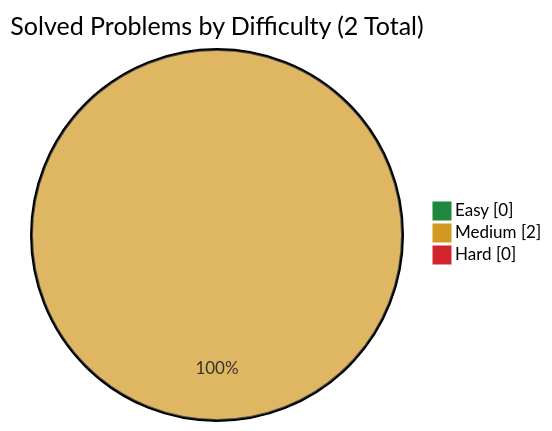
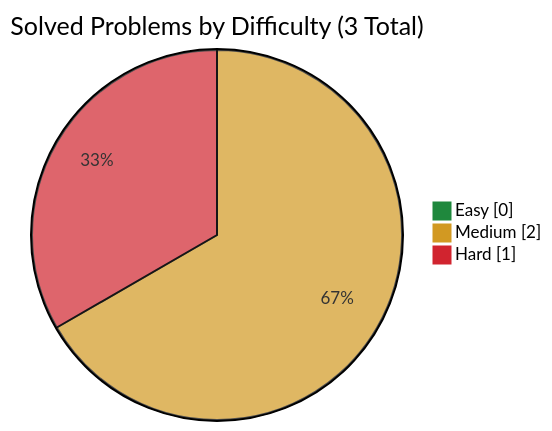
One commit to simonesiega/leetcode-solutions changed the diagram in companies/roblox/README.md. Above: the diagram before and after it, drawn with Mermaid. The commit also changed other lines of this file and 4 other files, not shown here.

````diff
--- a/companies/roblox/README.md
+++ b/companies/roblox/README.md
@@ -15,8 +15,8 @@
 ```mermaid
 %%{init: {"themeVariables": {"pie1": "#1f883d", "pie2": "#d29922", "pie3": "#d1242f"}}}%%
 pie showData
-    title Solved Problems by Difficulty (2 Total)
+    title Solved Problems by Difficulty (3 Total)
     "Easy" : 0
     "Medium" : 2
-    "Hard" : 0
+    "Hard" : 1
 ```
````
